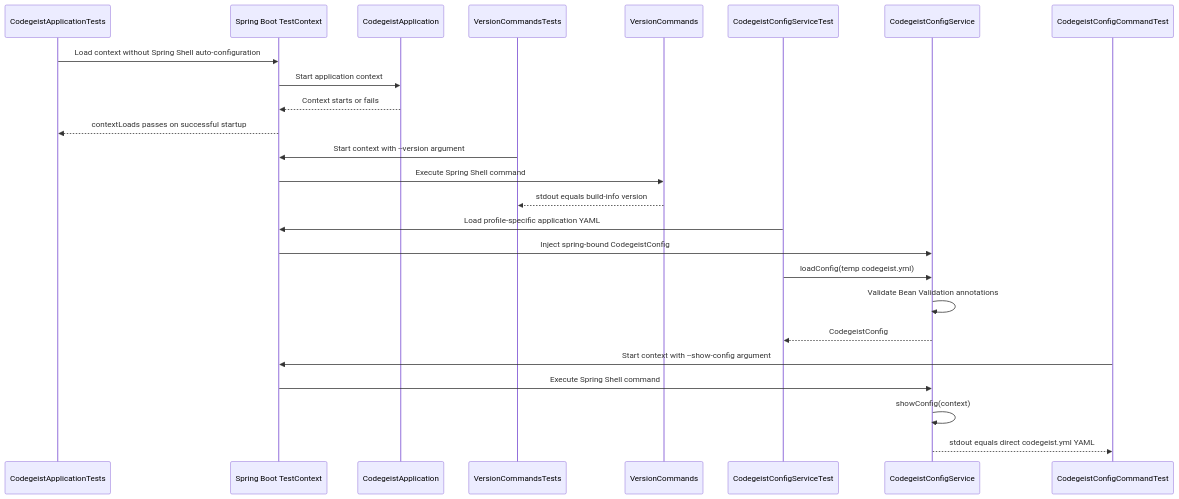
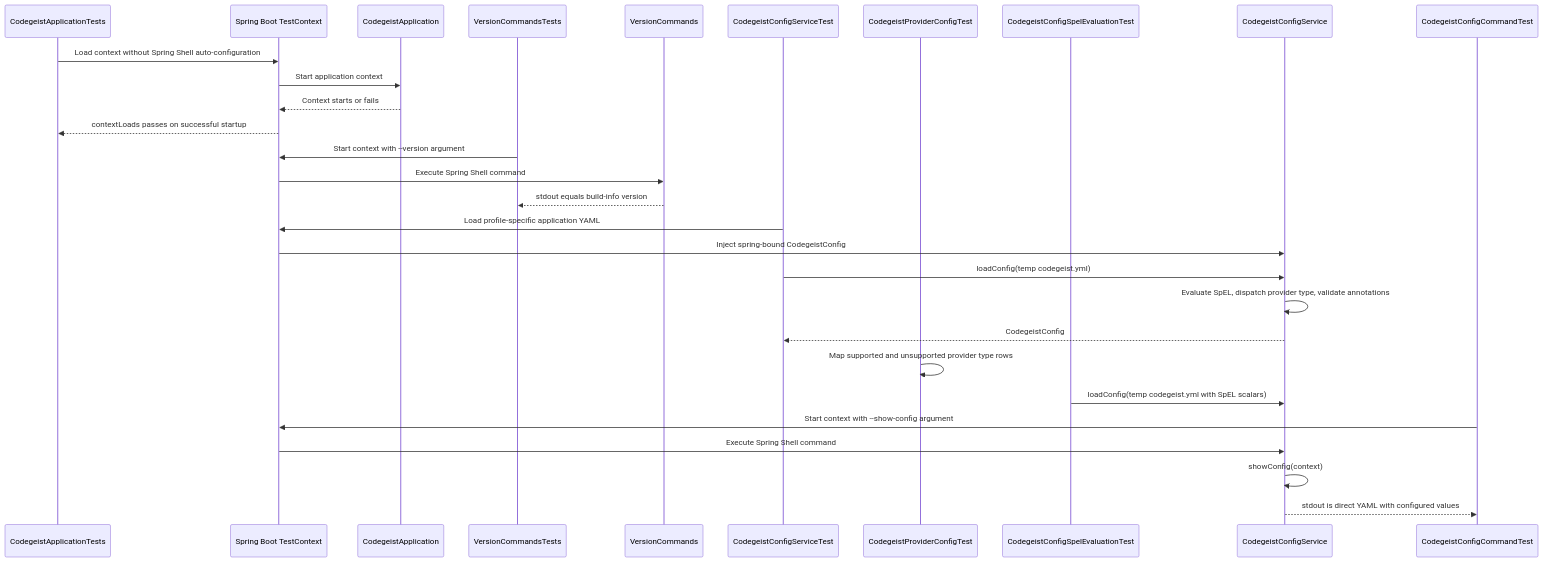
The second of 2 diagrams in docs/developer/architecture/architecture.md (codegeist-ai/codegeist), drawn with Mermaid before and after one commit. The commit also changed other lines of this file and 26 other files, not shown here.

First line of the commit message:
feat(config): add typed provider YAML loading

````diff
--- a/docs/developer/architecture/architecture.md
+++ b/docs/developer/architecture/architecture.md
@@ -199,28 +215,32 @@
 ```mermaid
 sequenceDiagram
     participant Test as CodegeistApplicationTests
     participant Spring as Spring Boot TestContext
     participant App as CodegeistApplication
     participant VersionTest as VersionCommandsTests
     participant Version as VersionCommands
     participant ConfigTest as CodegeistConfigServiceTest
+    participant ProviderTest as CodegeistProviderConfigTest
+    participant SpelTest as CodegeistConfigSpelEvaluationTest
     participant ConfigService as CodegeistConfigService
     participant ConfigCommandTest as CodegeistConfigCommandTest
 
     Test->>Spring: Load context without Spring Shell auto-configuration
     Spring->>App: Start application context
     App-->>Spring: Context starts or fails
     Spring-->>Test: contextLoads passes on successful startup
     VersionTest->>Spring: Start context with --version argument
     Spring->>Version: Execute Spring Shell command
     Version-->>VersionTest: stdout equals build-info version
     ConfigTest->>Spring: Load profile-specific application YAML
     Spring->>ConfigService: Inject spring-bound CodegeistConfig
     ConfigTest->>ConfigService: loadConfig(temp codegeist.yml)
-    ConfigService->>ConfigService: Validate Bean Validation annotations
+    ConfigService->>ConfigService: Evaluate SpEL, dispatch provider type, validate annotations
     ConfigService-->>ConfigTest: CodegeistConfig
+    ProviderTest->>ProviderTest: Map supported and unsupported provider type rows
+    SpelTest->>ConfigService: loadConfig(temp codegeist.yml with SpEL scalars)
     ConfigCommandTest->>Spring: Start context with --show-config argument
     Spring->>ConfigService: Execute Spring Shell command
     ConfigService->>ConfigService: showConfig(context)
-    ConfigService-->>ConfigCommandTest: stdout equals direct codegeist.yml YAML
+    ConfigService-->>ConfigCommandTest: stdout is direct YAML with configured values
 ```
````
